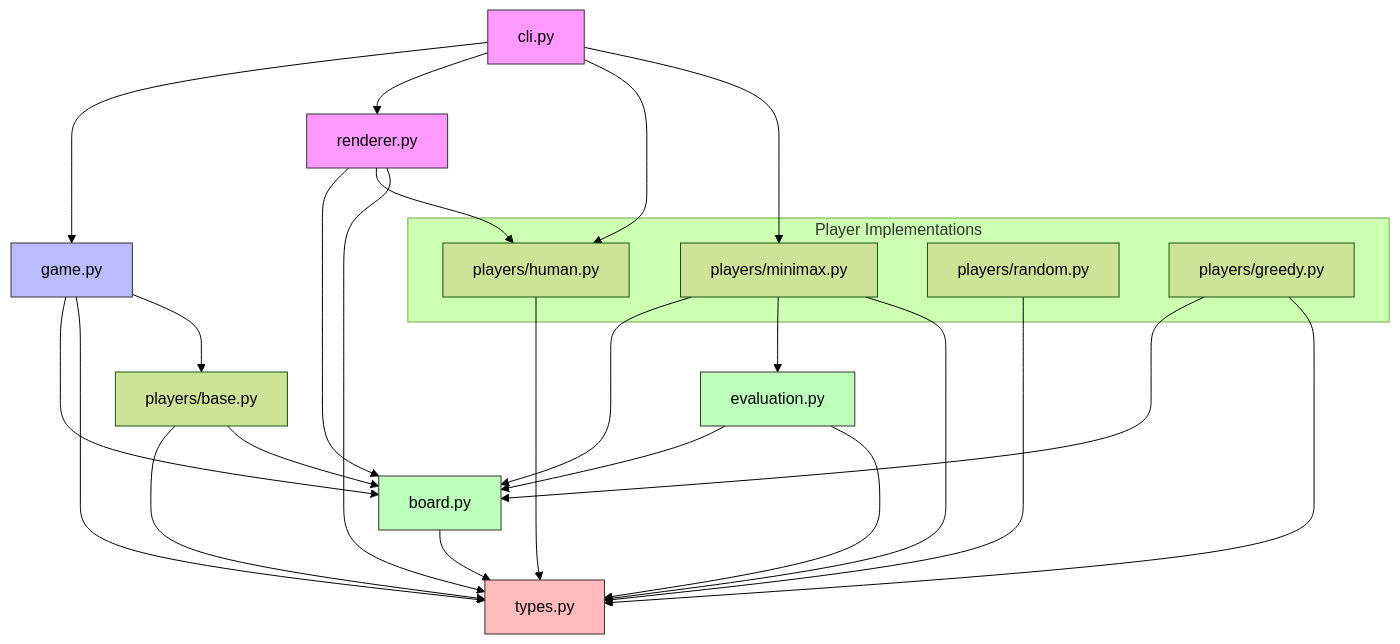
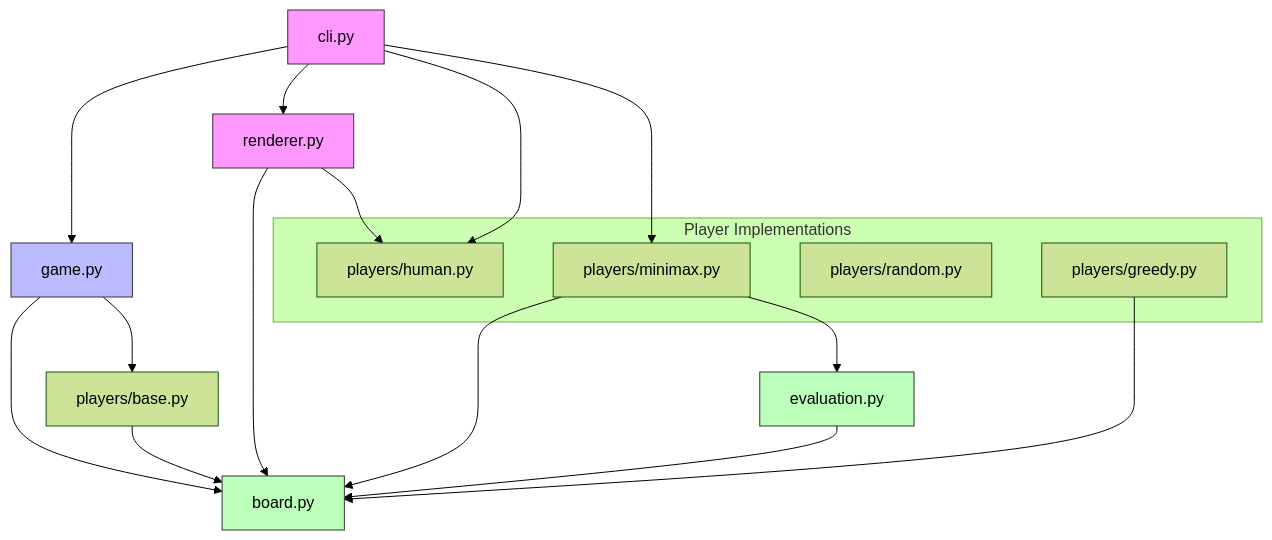
Before and after one commit to tavakolia/connect4: the first of 2 diagrams in docs/superpowers/specs/2026-04-12-connect4-design.md, drawn with Mermaid (forest theme).

Commit message:
Docs: remove types.py noise from dependency graph

````diff
--- a/docs/superpowers/specs/2026-04-12-connect4-design.md
+++ b/docs/superpowers/specs/2026-04-12-connect4-design.md
@@ -72,47 +72,35 @@
 ```mermaid
 graph TD
     CLI[cli.py] --> Game[game.py]
     CLI --> Renderer[renderer.py]
     CLI --> HumanPlayer
     CLI --> MinimaxPlayer
     
     subgraph Player Implementations
         HumanPlayer[players/human.py]
         MinimaxPlayer[players/minimax.py]
         RandomPlayer[players/random.py]
         GreedyPlayer[players/greedy.py]
     end
 
     Renderer --> Board
     Renderer --> HumanPlayer
-    Renderer --> Types
     
     Game --> Board[board.py]
-    Game --> Types[types.py]
     Game --> PlayerProtocol[players/base.py]
     
     MinimaxPlayer --> Board
     MinimaxPlayer --> Evaluation[evaluation.py]
-    MinimaxPlayer --> Types
     
-    HumanPlayer --> Types
-    
-    RandomPlayer --> Types
     GreedyPlayer --> Board
-    GreedyPlayer --> Types
     
     Evaluation --> Board
-    Evaluation --> Types
     
-    Board --> Types
-    
-    PlayerProtocol --> Types
     PlayerProtocol --> Board
 
     style CLI fill:#f9f,stroke:#333
     style Renderer fill:#f9f,stroke:#333
     style Game fill:#bbf,stroke:#333
     style Board fill:#bfb,stroke:#333
     style Evaluation fill:#bfb,stroke:#333
-    style Types fill:#fbb,stroke:#333
 ```
````
